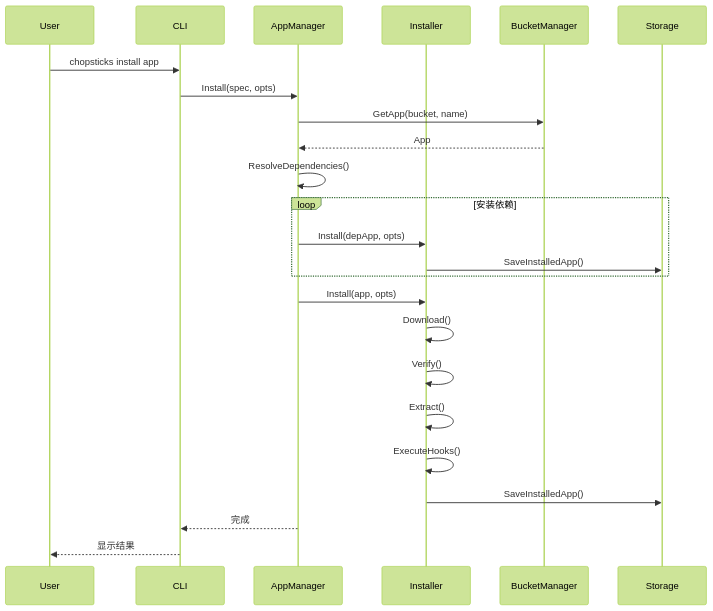
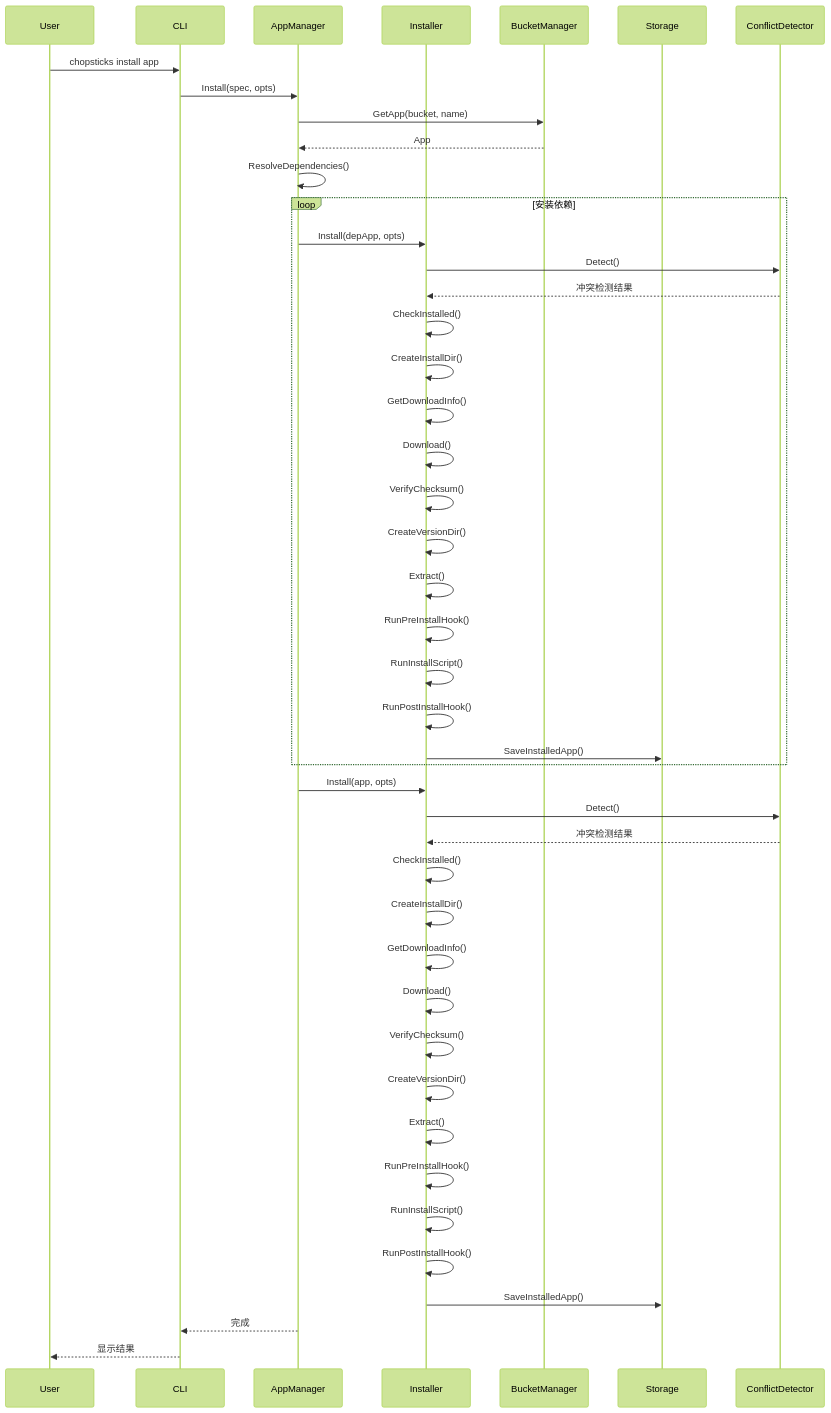
The second of 4 diagrams in wiki/ARCHITECTURE.md (morning-start/chopsticks), drawn with Mermaid (forest theme) before and after one commit. The commit also changed other lines of this file and 17 other files, not shown here.

````diff
--- a/wiki/ARCHITECTURE.md
+++ b/wiki/ARCHITECTURE.md
@@ -276,32 +320,53 @@
 ```mermaid
 sequenceDiagram
     participant User
     participant CLI
     participant AppMgr as AppManager
     participant Installer
     participant BucketMgr as BucketManager
     participant Storage
+    participant Conflict as ConflictDetector
 
     User->>CLI: chopsticks install app
     CLI->>AppMgr: Install(spec, opts)
 
     AppMgr->>BucketMgr: GetApp(bucket, name)
     BucketMgr-->>AppMgr: App
 
     AppMgr->>AppMgr: ResolveDependencies()
 
     loop 安装依赖
         AppMgr->>Installer: Install(depApp, opts)
+        Installer->>Conflict: Detect()
+        Conflict-->>Installer: 冲突检测结果
+        Installer->>Installer: CheckInstalled()
+        Installer->>Installer: CreateInstallDir()
+        Installer->>Installer: GetDownloadInfo()
+        Installer->>Installer: Download()
+        Installer->>Installer: VerifyChecksum()
+        Installer->>Installer: CreateVersionDir()
+        Installer->>Installer: Extract()
+        Installer->>Installer: RunPreInstallHook()
+        Installer->>Installer: RunInstallScript()
+        Installer->>Installer: RunPostInstallHook()
         Installer->>Storage: SaveInstalledApp()
     end
 
     AppMgr->>Installer: Install(app, opts)
+    Installer->>Conflict: Detect()
+    Conflict-->>Installer: 冲突检测结果
+    Installer->>Installer: CheckInstalled()
+    Installer->>Installer: CreateInstallDir()
+    Installer->>Installer: GetDownloadInfo()
     Installer->>Installer: Download()
-    Installer->>Installer: Verify()
+    Installer->>Installer: VerifyChecksum()
+    Installer->>Installer: CreateVersionDir()
     Installer->>Installer: Extract()
-    Installer->>Installer: ExecuteHooks()
+    Installer->>Installer: RunPreInstallHook()
+    Installer->>Installer: RunInstallScript()
+    Installer->>Installer: RunPostInstallHook()
     Installer->>Storage: SaveInstalledApp()
 
     AppMgr-->>CLI: 完成
     CLI-->>User: 显示结果
 ```
````
